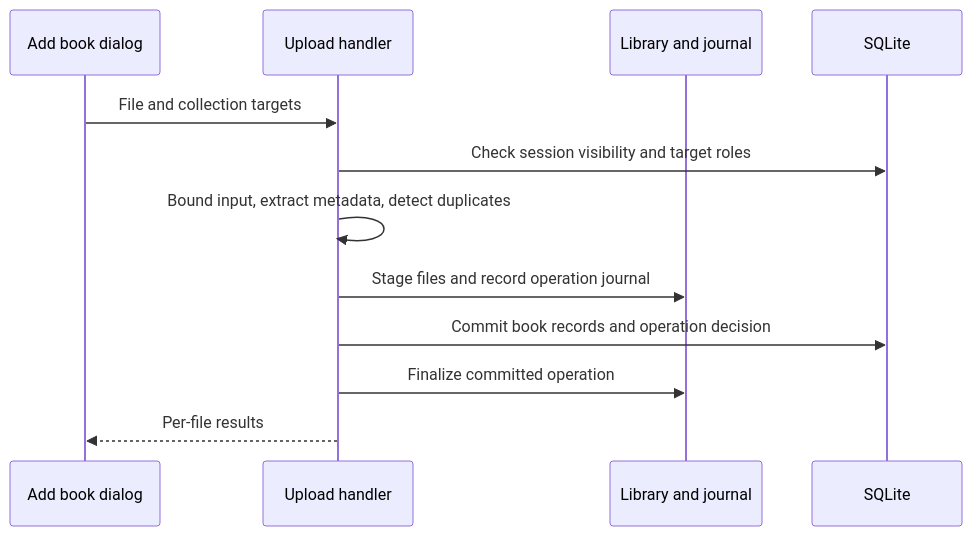
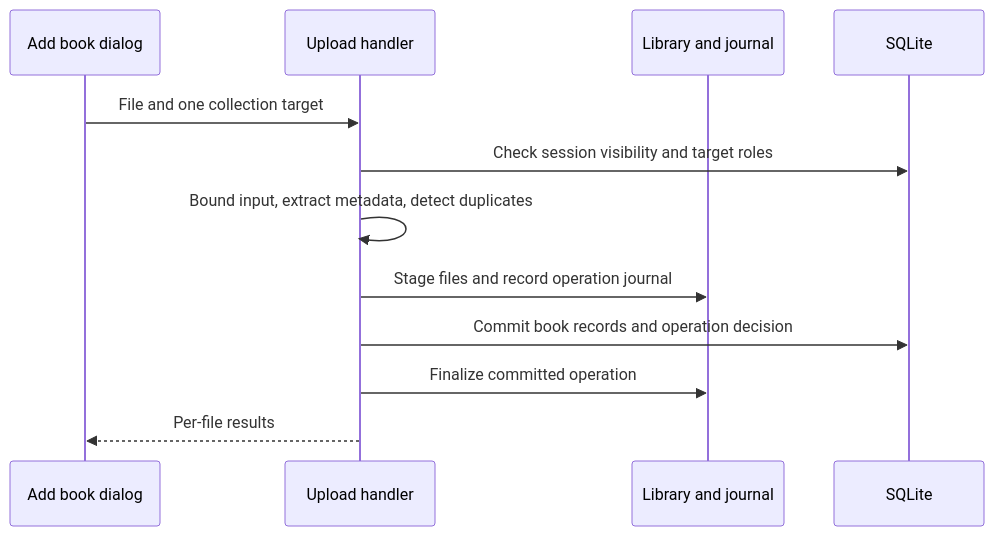
Before and after one commit to lancewilhelm/delb: the diagram in docs/developing/core-workflows.md, drawn with Mermaid. The commit also changed other lines of this file and 94 other files, not shown here.

````diff
--- a/docs/developing/core-workflows.md
+++ b/docs/developing/core-workflows.md
@@ -27,14 +27,14 @@
 ```mermaid
 sequenceDiagram
     participant UI as Add book dialog
     participant API as Upload handler
     participant FS as Library and journal
     participant DB as SQLite
-    UI->>API: File and collection targets
+    UI->>API: File and one collection target
     API->>DB: Check session visibility and target roles
     API->>API: Bound input, extract metadata, detect duplicates
     API->>FS: Stage files and record operation journal
     API->>DB: Commit book records and operation decision
     API->>FS: Finalize committed operation
     API-->>UI: Per-file results
 ```
````
